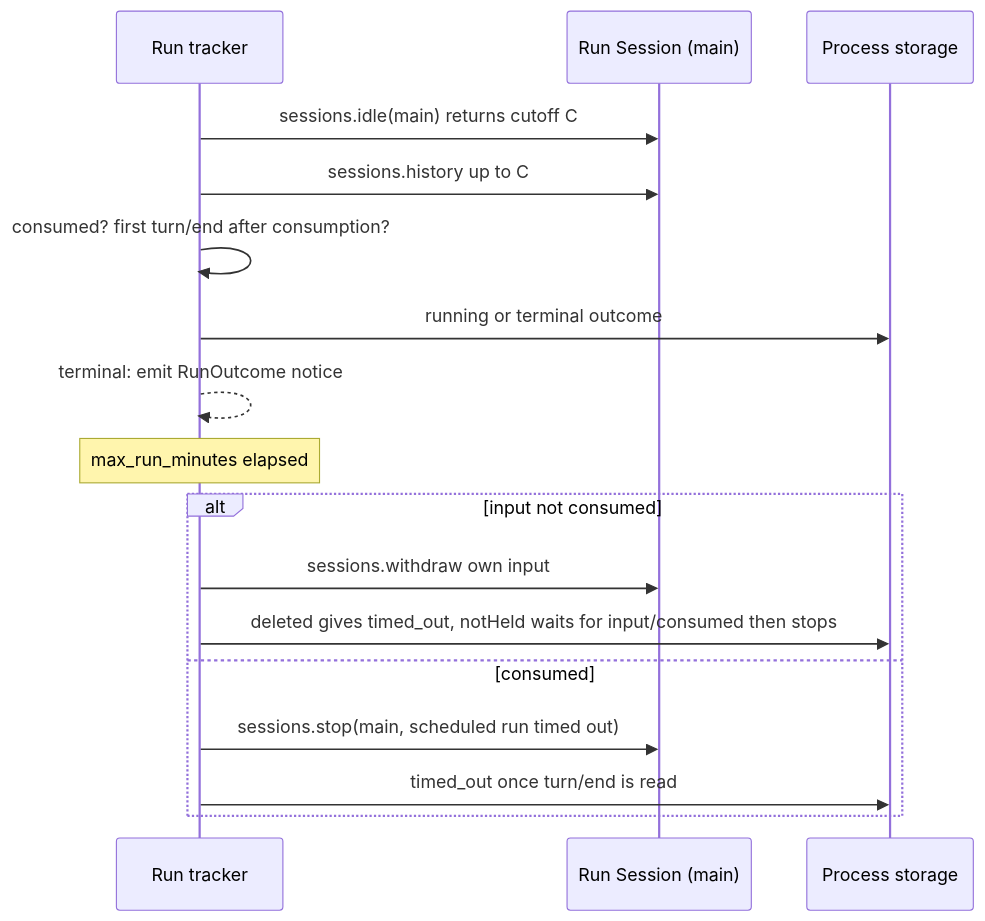
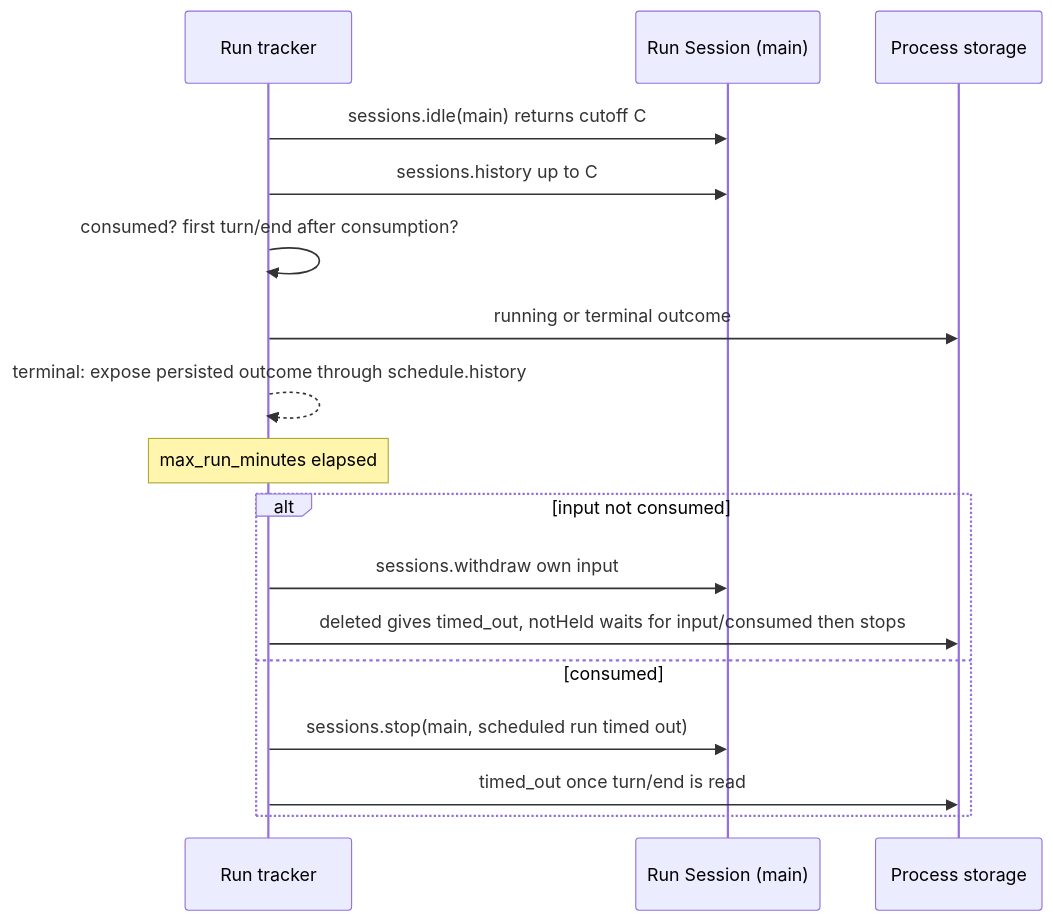
The fourth of 6 diagrams in docs/design/plugins/Scheduler.md (CoutinhoTTS/dim-agent), drawn with Mermaid before and after one commit. The commit also changed other lines of this file and 3 other files, not shown here.

````diff
--- a/docs/design/plugins/Scheduler.md
+++ b/docs/design/plugins/Scheduler.md
@@ -117,19 +129,19 @@
 ```mermaid
 sequenceDiagram
   participant R as Run tracker
   participant S as Run Session (main)
   participant ST as Process storage
   R->>S: sessions.idle(main) returns cutoff C
   R->>S: sessions.history up to C
   R->>R: consumed? first turn/end after consumption?
   R->>ST: running or terminal outcome
-  R-->>R: terminal: emit RunOutcome notice
+  R-->>R: terminal: expose persisted outcome through schedule.history
   Note over R: max_run_minutes elapsed
   alt input not consumed
     R->>S: sessions.withdraw own input
     R->>ST: deleted gives timed_out, notHeld waits for input/consumed then stops
   else consumed
     R->>S: sessions.stop(main, scheduled run timed out)
     R->>ST: timed_out once turn/end is read
   end
 ```
````
